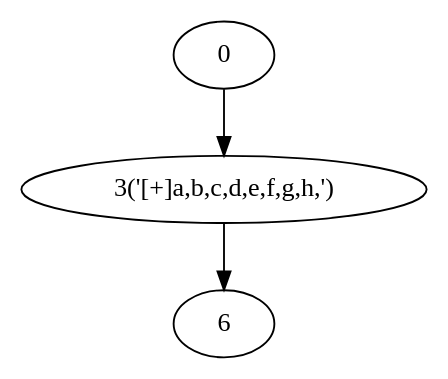
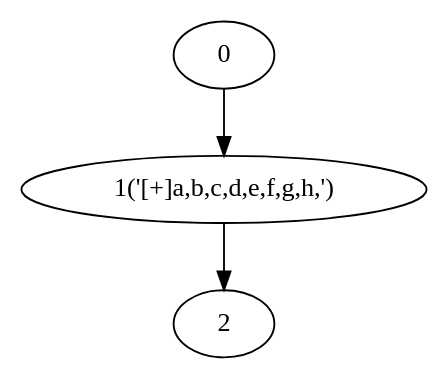
The diagram in NRegex.Test/Graphs/TestMethod16.dot (yyl-20020115/NRegEx), drawn with Graphviz before and after one commit. The commit also changed 28 other files, not shown here.

```diff
--- a/NRegex.Test/Graphs/TestMethod16.dot
+++ b/NRegex.Test/Graphs/TestMethod16.dot
@@ -1,7 +1,7 @@
 digraph g {
 	0 ;
-	3 [label="3('[+]a,b,c,d,e,f,g,h,')"];
-	6 ;
-	0->3;
-	3->6;
+	1 [label="1('[+]a,b,c,d,e,f,g,h,')"];
+	2 ;
+	0->1;
+	1->2;
 }
```
